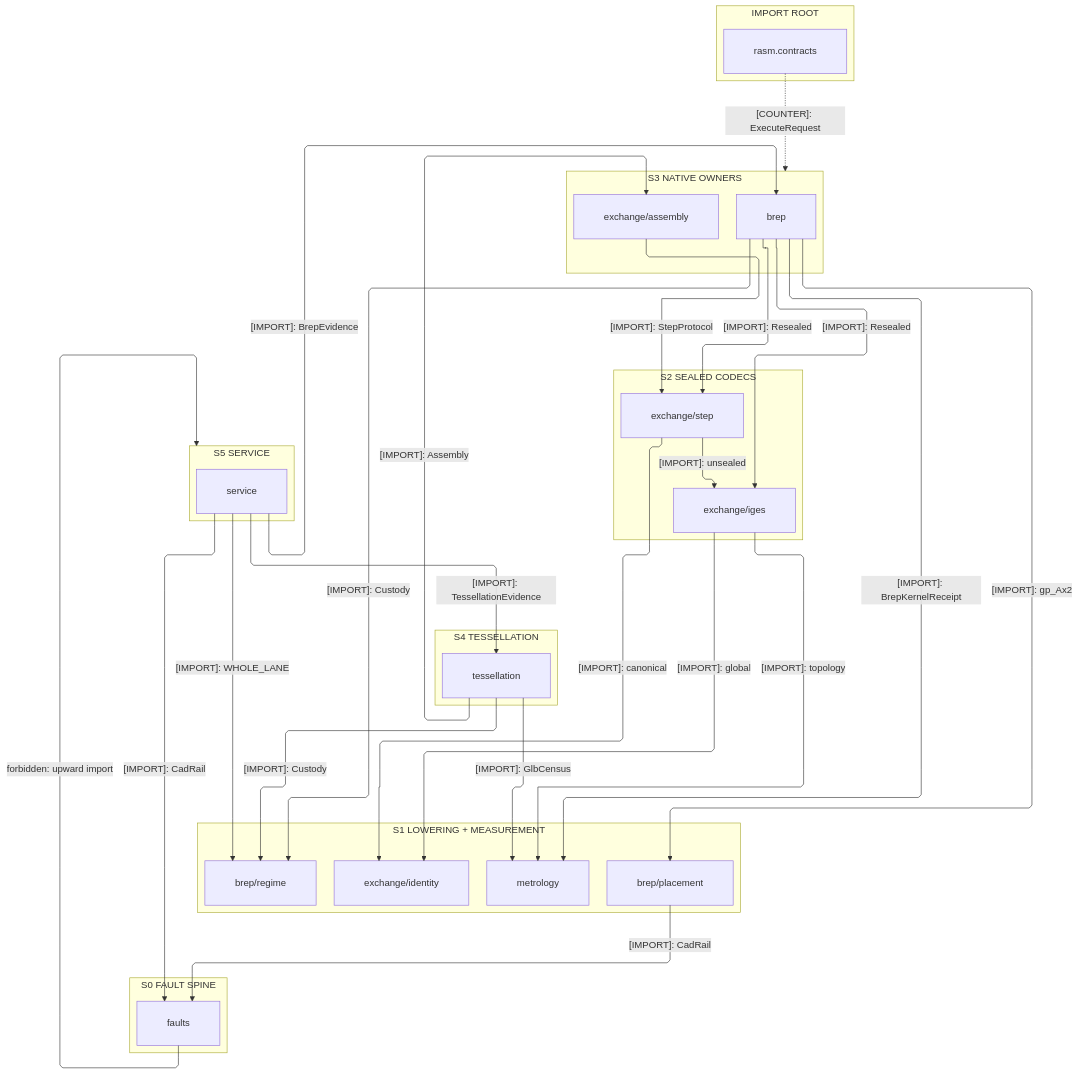
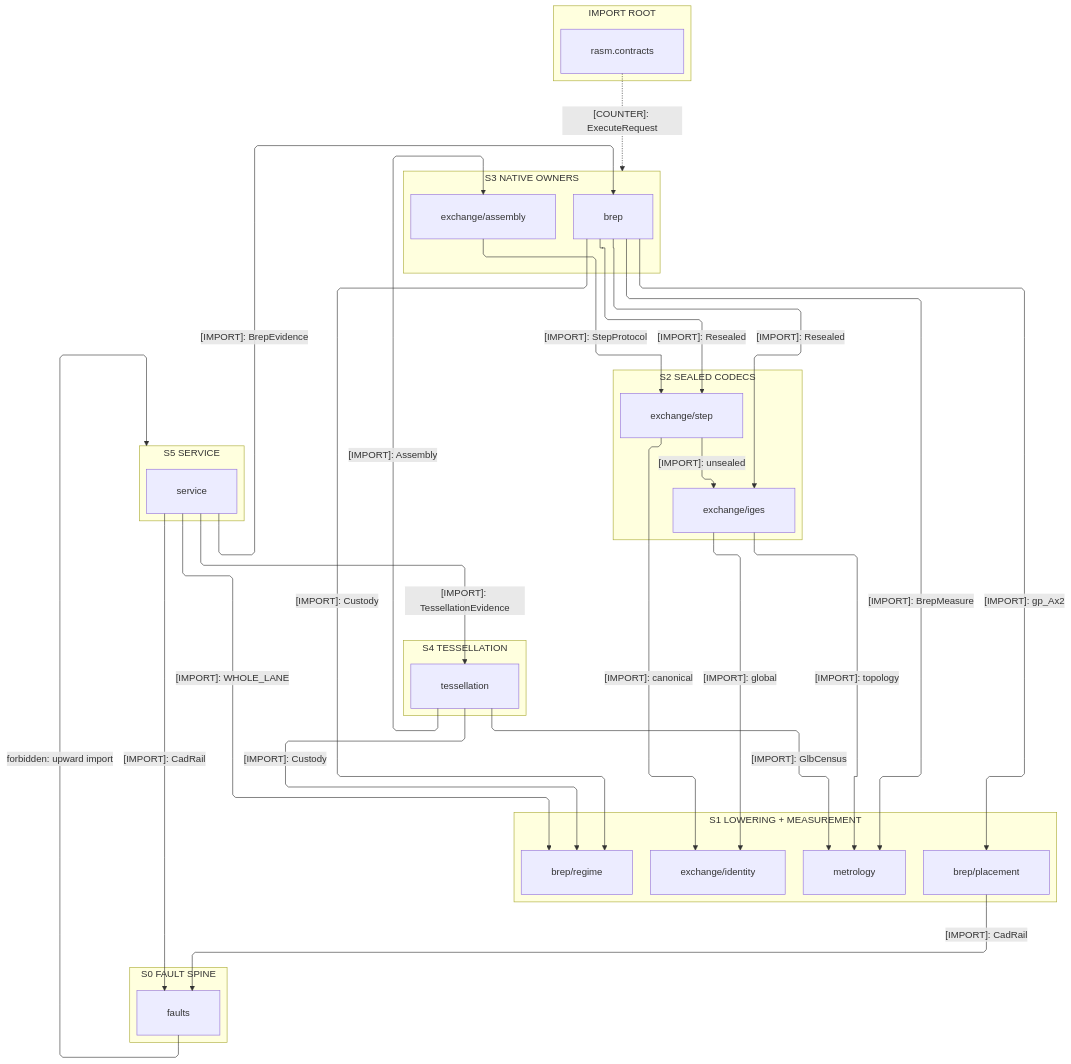
The first of 3 diagrams in libs/python/cad/ARCHITECTURE.md (bsamiee/Rasm), drawn with Mermaid before and after one commit. The commit also changed other lines of this file and 1417 other files, not shown here.

````diff
--- a/libs/python/cad/ARCHITECTURE.md
+++ b/libs/python/cad/ARCHITECTURE.md
@@ -39,58 +39,58 @@
 ```mermaid
 ---
 config:
   layout: elk
   flowchart:
     curve: linear
     padding: 25
 ---
 flowchart TB
     accTitle: cad provider import strata
     accDescr: Import strata from the served call down to the fault spine, with the rasm.contracts import root seated beside every rank.
     subgraph S5["S5 SERVICE"]
         Service[service]
     end
     subgraph S4["S4 TESSELLATION"]
         Tessellation[tessellation]
     end
     subgraph S3["S3 NATIVE OWNERS"]
         Brep[brep]
         Assembly[exchange/assembly]
     end
     subgraph S2["S2 SEALED CODECS"]
         Step[exchange/step]
         Iges[exchange/iges]
     end
     subgraph S1["S1 LOWERING + MEASUREMENT"]
         Regime[brep/regime]
         Placement[brep/placement]
         Identity[exchange/identity]
         Metrology[metrology]
     end
     subgraph S0["S0 FAULT SPINE"]
         Faults[faults]
     end
     subgraph ROOTS["IMPORT ROOT"]
         Contracts[rasm.contracts]
     end
     Service e1@-->|"[IMPORT]: TessellationEvidence"| Tessellation
     Service e2@-->|"[IMPORT]: BrepEvidence"| Brep
     Service e3@-->|"[IMPORT]: WHOLE_LANE"| Regime
     Service e4@-->|"[IMPORT]: CadRail"| Faults
     Tessellation e5@-->|"[IMPORT]: Assembly"| Assembly
     Tessellation e6@-->|"[IMPORT]: GlbCensus"| Metrology
     Tessellation e7@-->|"[IMPORT]: Custody"| Regime
     Brep e8@-->|"[IMPORT]: Resealed"| Step
     Brep e9@-->|"[IMPORT]: Resealed"| Iges
     Brep e10@-->|"[IMPORT]: gp_Ax2"| Placement
-    Brep e11@-->|"[IMPORT]: BrepKernelReceipt"| Metrology
+    Brep e11@-->|"[IMPORT]: BrepMeasure"| Metrology
     Brep e12@-->|"[IMPORT]: Custody"| Regime
     Assembly e13@-->|"[IMPORT]: StepProtocol"| Step
     Step e14@-->|"[IMPORT]: unsealed"| Iges
     Step e15@-->|"[IMPORT]: canonical"| Identity
     Iges e16@-->|"[IMPORT]: global"| Identity
     Iges e17@-->|"[IMPORT]: topology"| Metrology
     Placement e18@-->|"[IMPORT]: CadRail"| Faults
     Contracts e19@-.->|"[COUNTER]: ExecuteRequest"| S3
     Faults f1@-->|"forbidden: upward import"| S5
 ```
````
